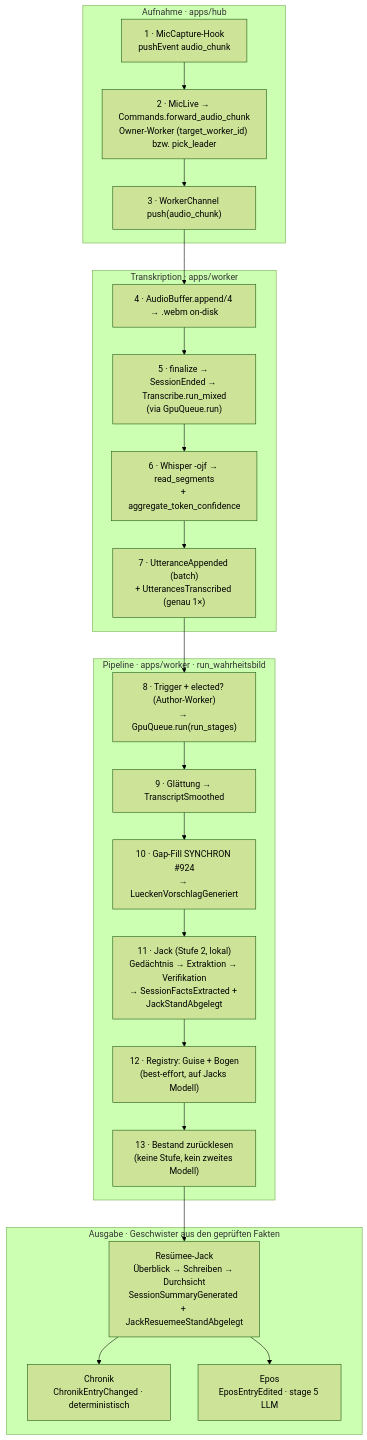
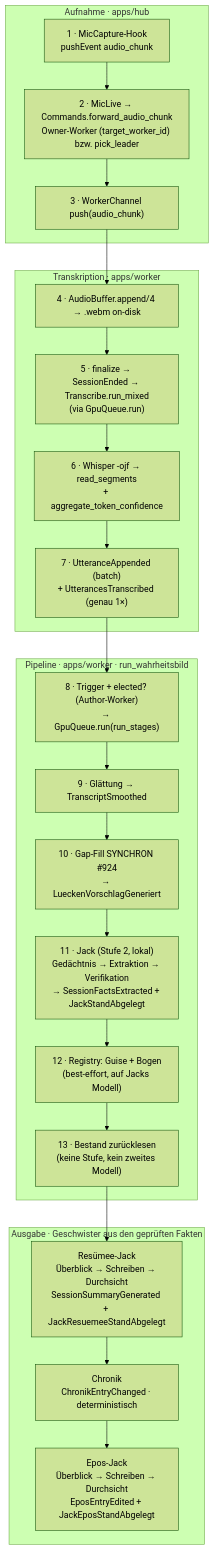
Before and after one commit to thschwald-byte/lore-tracker: the diagram in docs/Pipeline-Flow.md, drawn with Mermaid (forest theme). The commit also changed other lines of this file and 80 other files, not shown here.

````diff
--- a/docs/Pipeline-Flow.md
+++ b/docs/Pipeline-Flow.md
@@ -21,33 +21,33 @@
 ```mermaid
 flowchart TD
   subgraph A["Aufnahme · apps/hub"]
     A1["1 · MicCapture-Hook<br/>pushEvent audio_chunk"]
     A2["2 · MicLive → Commands.forward_audio_chunk<br/>Owner-Worker (target_worker_id) bzw. pick_leader"]
     A3["3 · WorkerChannel push(audio_chunk)"]
   end
   subgraph B["Transkription · apps/worker"]
     B4["4 · AudioBuffer.append/4 → .webm on-disk"]
     B5["5 · finalize → SessionEnded → Transcribe.run_mixed<br/>(via GpuQueue.run)"]
     B6["6 · Whisper -ojf → read_segments<br/>+ aggregate_token_confidence"]
     B7["7 · UtteranceAppended (batch)<br/>+ UtterancesTranscribed (genau 1×)"]
   end
   subgraph C["Pipeline · apps/worker · run_wahrheitsbild"]
     C8["8 · Trigger + elected? (Author-Worker)<br/>→ GpuQueue.run(run_stages)"]
     C9["9 · Glättung → TranscriptSmoothed"]
     C10["10 · Gap-Fill SYNCHRON #924<br/>→ LueckenVorschlagGeneriert"]
     C11["11 · Jack (Stufe 2, lokal)<br/>Gedächtnis → Extraktion → Verifikation<br/>→ SessionFactsExtracted + JackStandAbgelegt"]
     C12["12 · Registry: Guise + Bogen<br/>(best-effort, auf Jacks Modell)"]
     C13["13 · Bestand zurücklesen<br/>(keine Stufe, kein zweites Modell)"]
   end
   subgraph OUT["Ausgabe · Geschwister aus den geprüften Fakten"]
     O1["Resümee-Jack<br/>Überblick → Schreiben → Durchsicht<br/>SessionSummaryGenerated + JackResuemeeStandAbgelegt"]
     O2["Chronik<br/>ChronikEntryChanged · deterministisch"]
-    O3["Epos<br/>EposEntryEdited · stage 5 LLM"]
+    O3["Epos-Jack<br/>Überblick → Schreiben → Durchsicht<br/>EposEntryEdited + JackEposStandAbgelegt"]
   end
   A1 --> A2 --> A3 --> B4
   B4 --> B5 --> B6 --> B7 --> C8
   C8 --> C9 --> C10 --> C11 --> C12 --> C13
   C13 --> O1
   O1 --> O2
-  O1 --> O3
+  O2 --> O3
 ```
````
